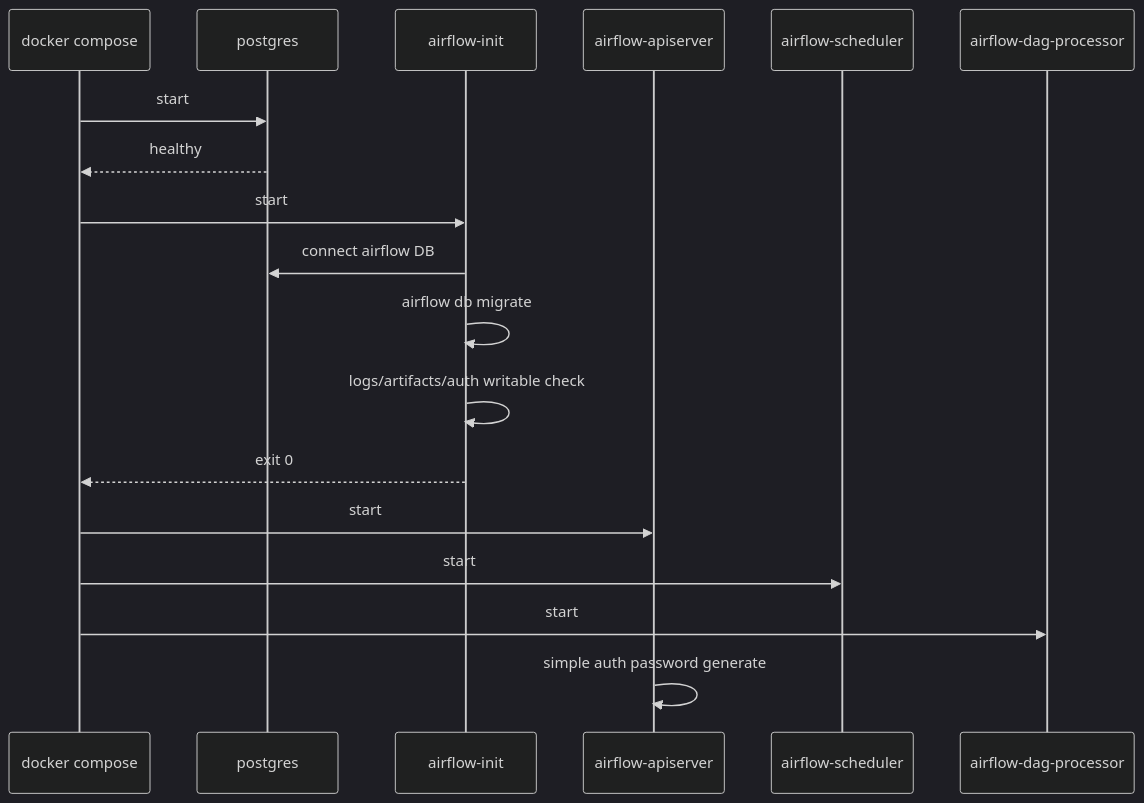
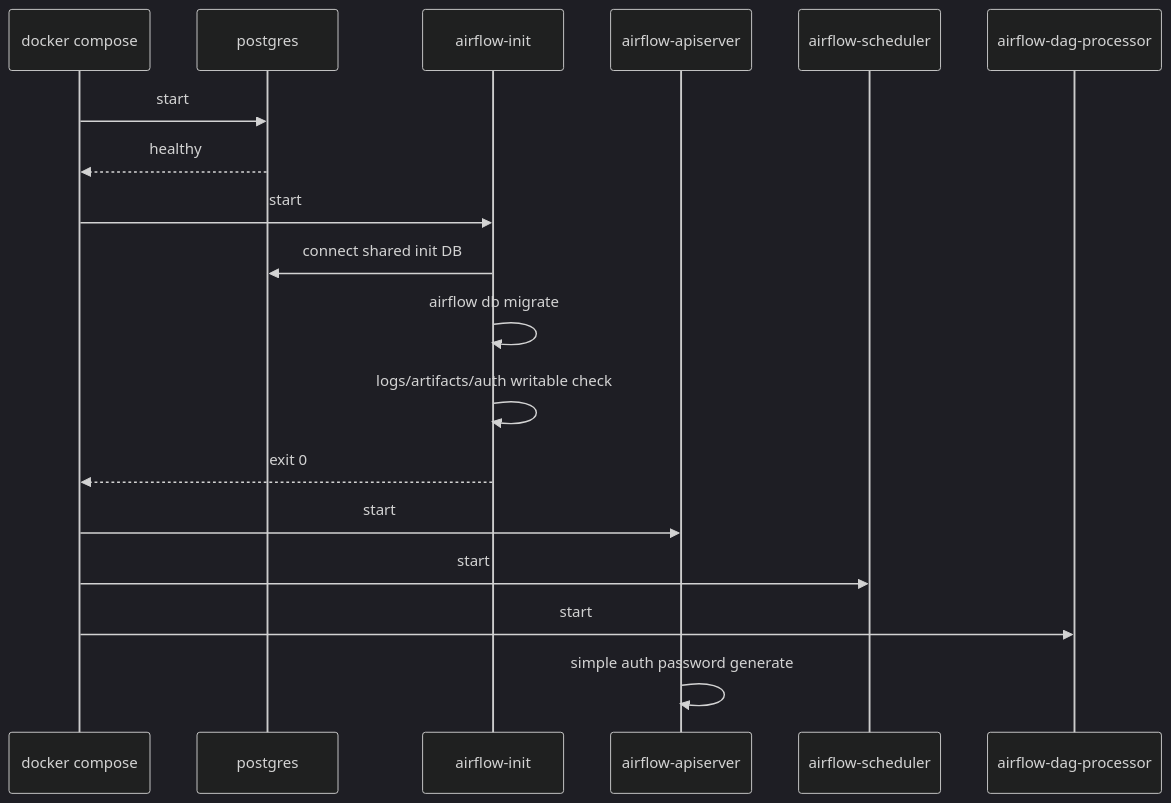
One commit to ajou-2026-1-capstone-5/ostone changed the second of 2 diagrams in .agent/specs/113.md. Above: the diagram before and after it, drawn with Mermaid (dark theme). The commit also changed other lines of this file and 5 other files, not shown here.

````diff
--- a/.agent/specs/113.md
+++ b/.agent/specs/113.md
@@ -189,21 +189,21 @@
 ```mermaid
 sequenceDiagram
     participant dc as docker compose
     participant pg as postgres
     participant ai as airflow-init
     participant ap as airflow-apiserver
     participant sc as airflow-scheduler
     participant dp as airflow-dag-processor
 
     dc->>pg: start
     pg-->>dc: healthy
     dc->>ai: start
-    ai->>pg: connect airflow DB
+    ai->>pg: connect shared init DB
     ai->>ai: airflow db migrate
     ai->>ai: logs/artifacts/auth writable check
     ai-->>dc: exit 0
     dc->>ap: start
     dc->>sc: start
     dc->>dp: start
     ap->>ap: simple auth password generate
 ```
````
